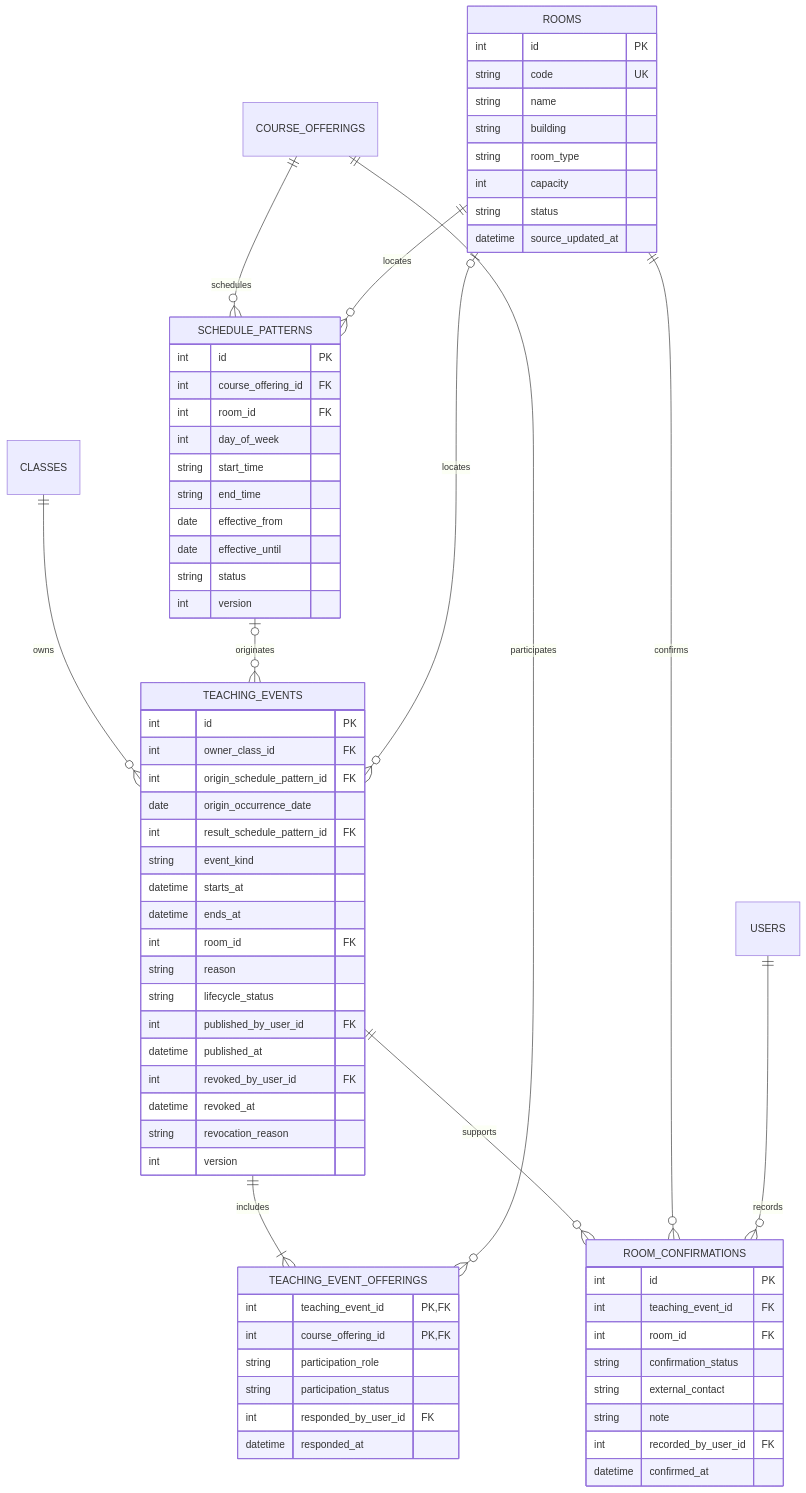
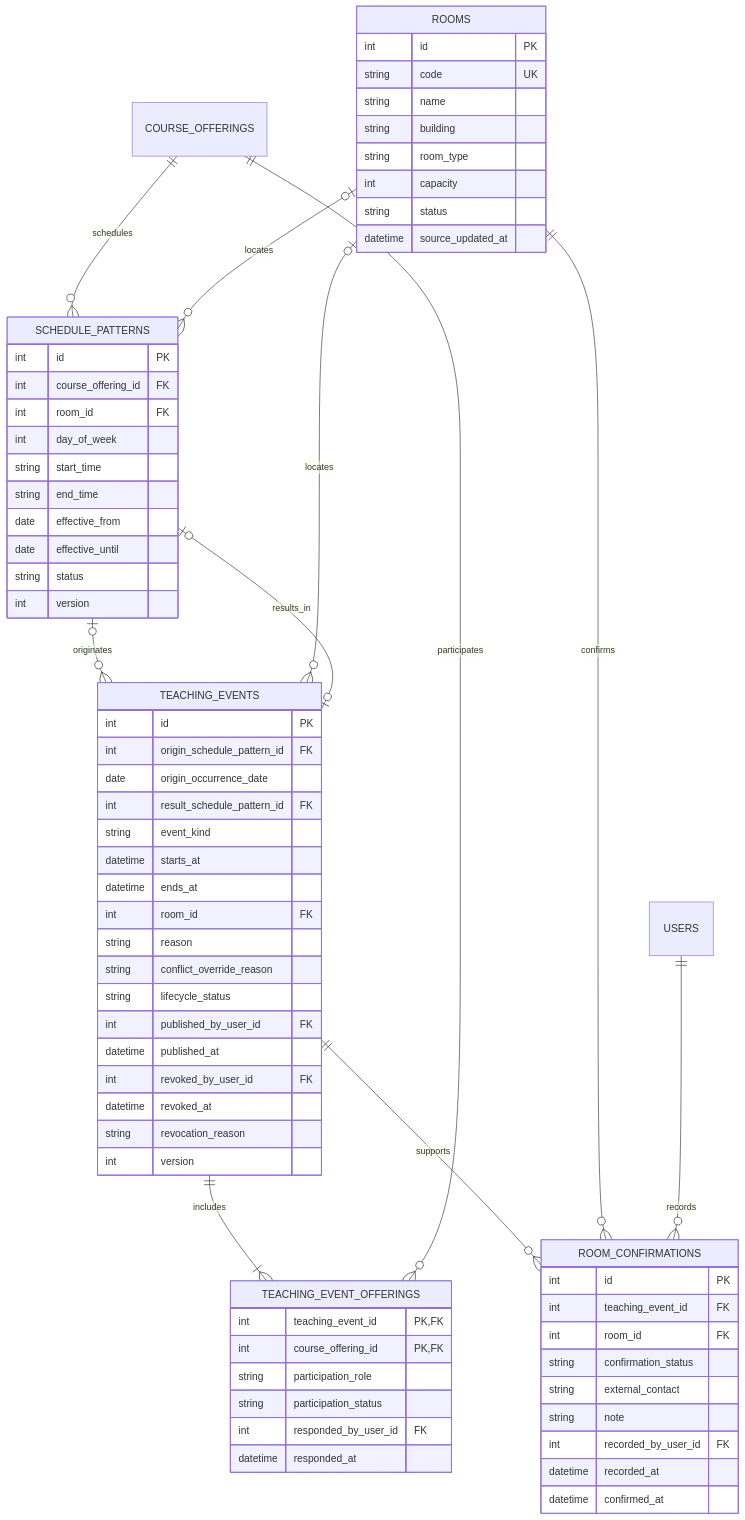
Before and after one commit to darvaaph/bot-wa-jadwal: the third of 5 diagrams in docs/product/DATA_MODEL.md, drawn with Mermaid. The commit also changed other lines of this file and 8 other files, not shown here.

````diff
--- a/docs/product/DATA_MODEL.md
+++ b/docs/product/DATA_MODEL.md
@@ -262,73 +280,74 @@
 ```mermaid
 erDiagram
     COURSE_OFFERINGS ||--o{ SCHEDULE_PATTERNS : schedules
-    ROOMS ||--o{ SCHEDULE_PATTERNS : locates
-    CLASSES ||--o{ TEACHING_EVENTS : owns
+    ROOMS o|--o{ SCHEDULE_PATTERNS : locates
     SCHEDULE_PATTERNS o|--o{ TEACHING_EVENTS : originates
+    TEACHING_EVENTS o|--o| SCHEDULE_PATTERNS : results_in
     TEACHING_EVENTS ||--|{ TEACHING_EVENT_OFFERINGS : includes
     COURSE_OFFERINGS ||--o{ TEACHING_EVENT_OFFERINGS : participates
     ROOMS o|--o{ TEACHING_EVENTS : locates
     TEACHING_EVENTS ||--o{ ROOM_CONFIRMATIONS : supports
     ROOMS ||--o{ ROOM_CONFIRMATIONS : confirms
     USERS ||--o{ ROOM_CONFIRMATIONS : records
 
     ROOMS {
         int id PK
         string code UK
         string name
         string building
         string room_type
         int capacity
         string status
         datetime source_updated_at
     }
     SCHEDULE_PATTERNS {
         int id PK
         int course_offering_id FK
         int room_id FK
         int day_of_week
         string start_time
         string end_time
         date effective_from
         date effective_until
         string status
         int version
     }
     TEACHING_EVENTS {
         int id PK
-        int owner_class_id FK
         int origin_schedule_pattern_id FK
         date origin_occurrence_date
         int result_schedule_pattern_id FK
         string event_kind
         datetime starts_at
         datetime ends_at
         int room_id FK
         string reason
+        string conflict_override_reason
         string lifecycle_status
         int published_by_user_id FK
         datetime published_at
         int revoked_by_user_id FK
         datetime revoked_at
         string revocation_reason
         int version
     }
     TEACHING_EVENT_OFFERINGS {
         int teaching_event_id PK,FK
         int course_offering_id PK,FK
         string participation_role
         string participation_status
         int responded_by_user_id FK
         datetime responded_at
     }
     ROOM_CONFIRMATIONS {
         int id PK
         int teaching_event_id FK
         int room_id FK
         string confirmation_status
         string external_contact
         string note
         int recorded_by_user_id FK
+        datetime recorded_at
         datetime confirmed_at
     }
 ```
````
